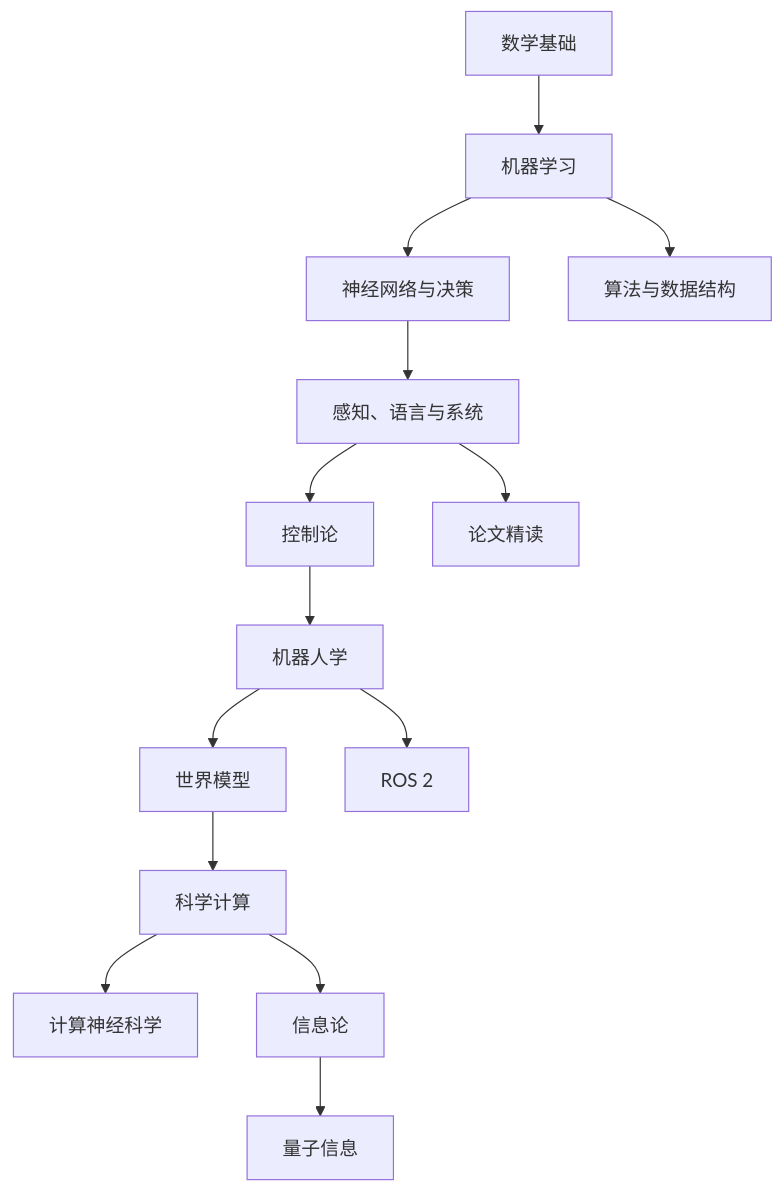
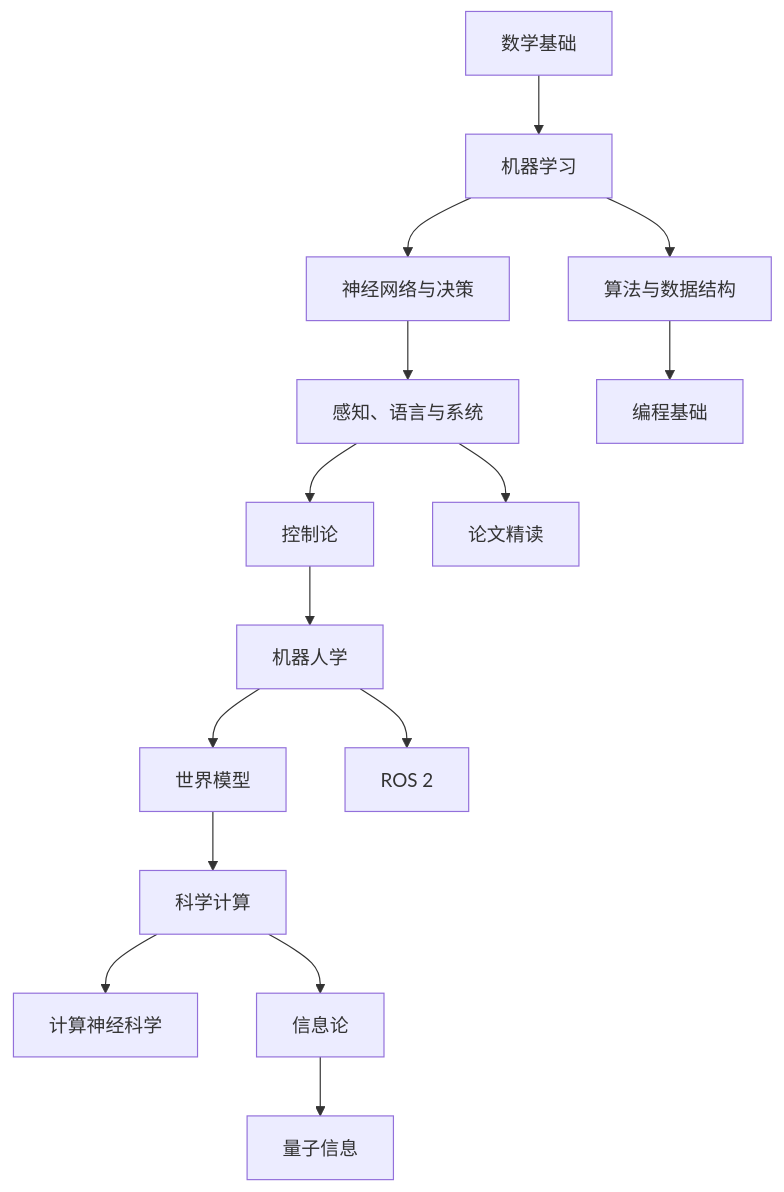
One commit to DeconBear/notebook changed the diagram in docs/index.md. Above: the diagram before and after it, drawn with Mermaid. The commit also changed other lines of this file and 207 other files, not shown here.

````diff
--- a/docs/index.md
+++ b/docs/index.md
@@ -41,16 +41,17 @@
 ```mermaid
 flowchart TB
     math["数学基础"] --> ml["机器学习"]
     ml --> nn["神经网络与决策"]
     nn --> applied["感知、语言与系统"]
     applied --> ctrl["控制论"]
     ctrl --> robot["机器人学"]
     robot --> wm["世界模型"]
     wm --> sci["科学计算"]
     sci --> neuro["计算神经科学"]
     sci --> info["信息论"]
     info --> qi["量子信息"]
     robot --> ros2["ROS 2"]
     ml --> algo["算法与数据结构"]
+    algo --> prog["编程基础"]
     applied --> papers["论文精读"]
 ```
````
